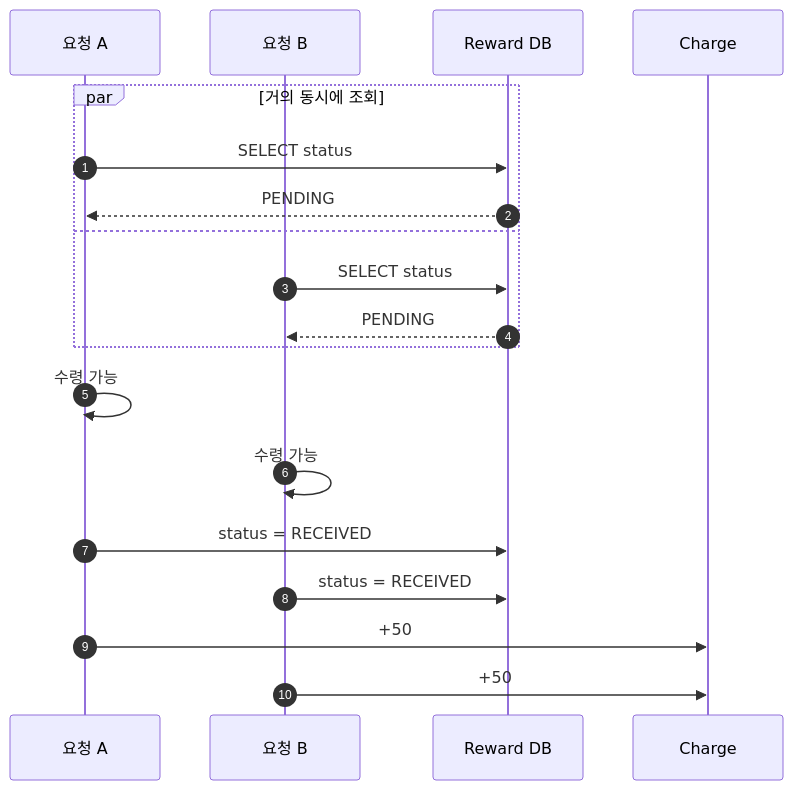
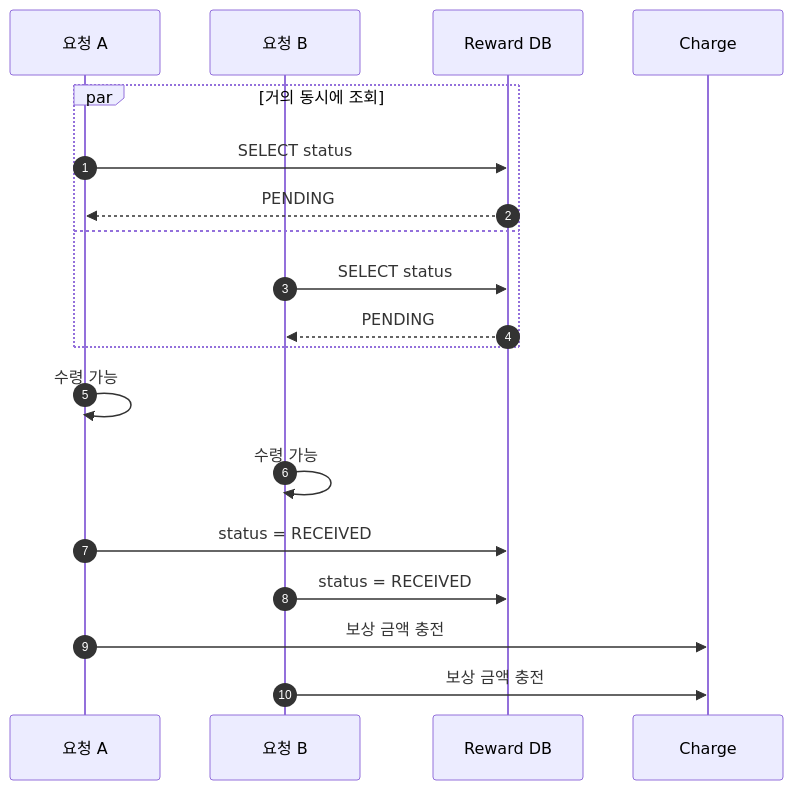
Before and after one commit to jiwon11/jiwon11.github.io: the second of 15 diagrams in _posts/2026-02-04-reward-conditional-update-idempotency.md, drawn with Mermaid. The commit also changed other lines of this file and 9 other files, not shown here.

```diff
--- a/_posts/2026-02-04-reward-conditional-update-idempotency.md
+++ b/_posts/2026-02-04-reward-conditional-update-idempotency.md
@@ -84,23 +87,23 @@
 ~~~mermaid
 sequenceDiagram
     autonumber
     participant A as 요청 A
     participant B as 요청 B
     participant DB as Reward DB
     participant C as Charge
 
     par 거의 동시에 조회
         A->>DB: SELECT status
         DB-->>A: PENDING
     and
         B->>DB: SELECT status
         DB-->>B: PENDING
     end
 
     A->>A: 수령 가능
     B->>B: 수령 가능
     A->>DB: status = RECEIVED
     B->>DB: status = RECEIVED
-    A->>C: +50
-    B->>C: +50
+    A->>C: 보상 금액 충전
+    B->>C: 보상 금액 충전
 ~~~
```
